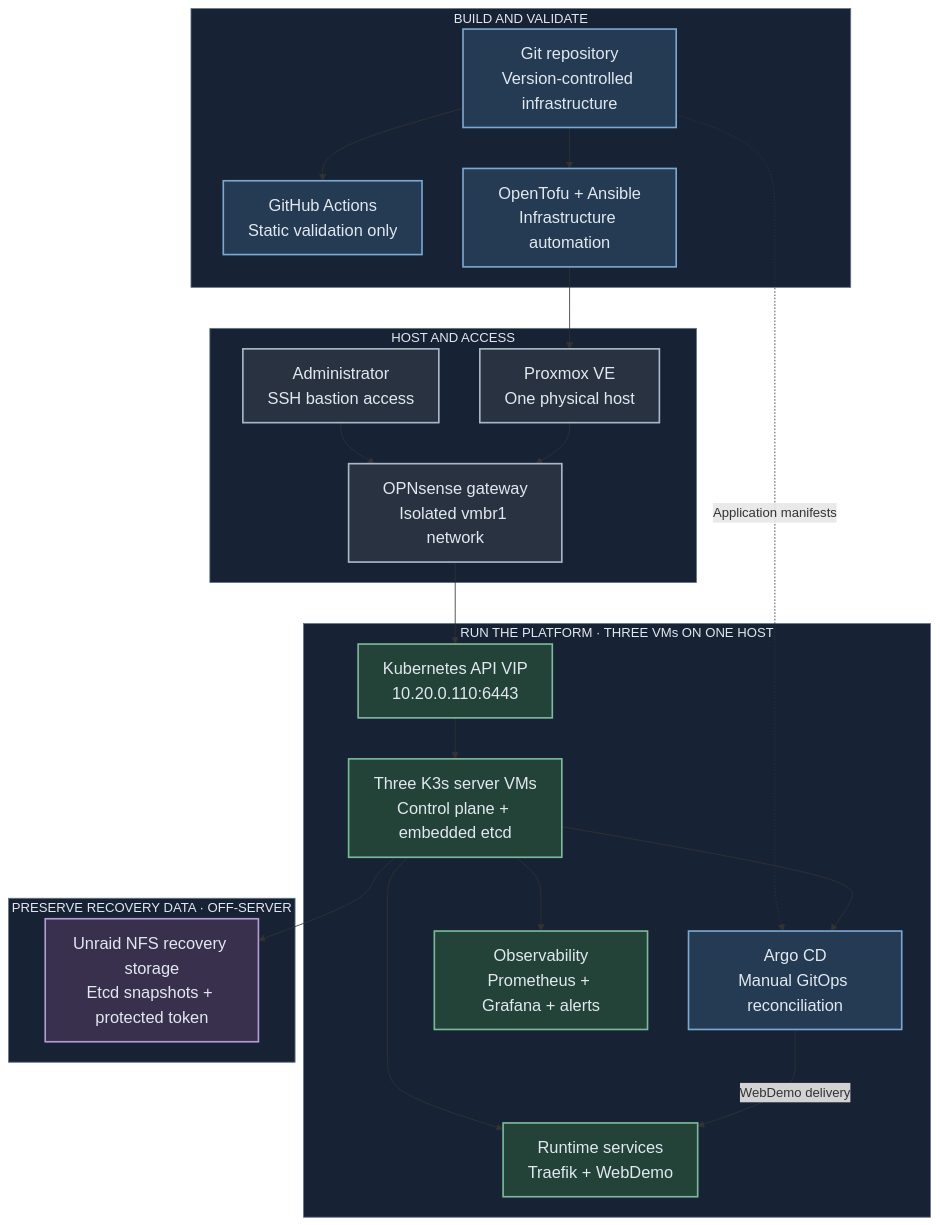
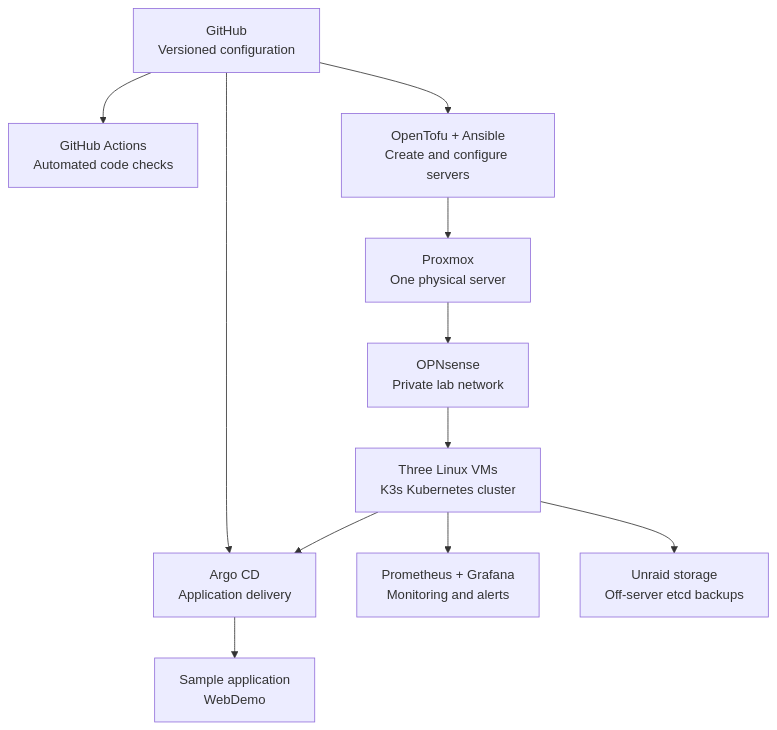
Before and after one commit to Capasiter/homelab-portfolio: the diagram in README.md, drawn with Mermaid. The commit also changed other lines of this file, not shown here.

````diff
--- a/README.md
+++ b/README.md
@@ -32,49 +41,13 @@
 ```mermaid
 flowchart TB
-    subgraph Build["BUILD AND VALIDATE"]
-        Git["Git repository<br/>Version-controlled infrastructure"]
-        CI["GitHub Actions<br/>Static validation only"]
-        Automation["OpenTofu + Ansible<br/>Infrastructure automation"]
-        Git --> CI
-        Git --> Automation
-    end
-    subgraph Access["HOST AND ACCESS"]
-        Proxmox["Proxmox VE<br/>One physical host"]
-        Admin["Administrator<br/>SSH bastion access"]
-        Gateway["OPNsense gateway<br/>Isolated vmbr1 network"]
-        Proxmox --> Gateway
-        Admin --> Gateway
-    end
-    subgraph Platform["RUN THE PLATFORM · THREE VMs ON ONE HOST"]
-        VIP["Kubernetes API VIP<br/>10.20.0.110:6443"]
-        Cluster["Three K3s server VMs<br/>Control plane + embedded etcd"]
-        Argo["Argo CD<br/>Manual GitOps reconciliation"]
-        Services["Runtime services<br/>Traefik + WebDemo"]
-        Observe["Observability<br/>Prometheus + Grafana + alerts"]
-        VIP --> Cluster
-        Cluster --> Argo
-        Argo -->|WebDemo delivery| Services
-        Cluster --> Services
-        Cluster --> Observe
-    end
-    subgraph Recovery["PRESERVE RECOVERY DATA · OFF-SERVER"]
-        Backup["Unraid NFS recovery storage<br/>Etcd snapshots + protected token"]
-    end
-    Automation --> Proxmox
-    Gateway --> VIP
-    Git -.->|Application manifests| Argo
-    Cluster --> Backup
-    classDef blue fill:#243b53,stroke:#7ba7d1,color:#e2e8f0,stroke-width:2px,font-size:20px
-    classDef green fill:#234338,stroke:#7cb99a,color:#e2e8f0,stroke-width:2px,font-size:20px
-    classDef purple fill:#39304d,stroke:#b49bd4,color:#e2e8f0,stroke-width:2px,font-size:20px
-    classDef gray fill:#293241,stroke:#a9b8c8,color:#e2e8f0,stroke-width:2px,font-size:20px
-    classDef amber fill:#4a3b24,stroke:#d7b77b,color:#e2e8f0,stroke-width:2px,font-size:20px
-    class Git,CI,Automation,Argo blue
-    class Proxmox,Admin,Gateway gray
-    class VIP,Cluster,Services,Observe green
-    class Backup purple
-    style Build fill:#182235,stroke:#64748b,color:#e2e8f0
-    style Access fill:#182235,stroke:#64748b,color:#e2e8f0
-    style Platform fill:#182235,stroke:#64748b,color:#e2e8f0
-    style Recovery fill:#182235,stroke:#64748b,color:#e2e8f0
+    Git["GitHub<br/>Versioned configuration"] --> CI["GitHub Actions<br/>Automated code checks"]
+    Git --> IaC["OpenTofu + Ansible<br/>Create and configure servers"]
+    IaC --> Host["Proxmox<br/>One physical server"]
+    Host --> Net["OPNsense<br/>Private lab network"]
+    Net --> Nodes["Three Linux VMs<br/>K3s Kubernetes cluster"]
+    Git --> Argo["Argo CD<br/>Application delivery"]
+    Nodes --> Argo
+    Argo --> App["Sample application<br/>WebDemo"]
+    Nodes --> Monitor["Prometheus + Grafana<br/>Monitoring and alerts"]
+    Nodes --> Backup["Unraid storage<br/>Off-server etcd backups"]
 ```
````
